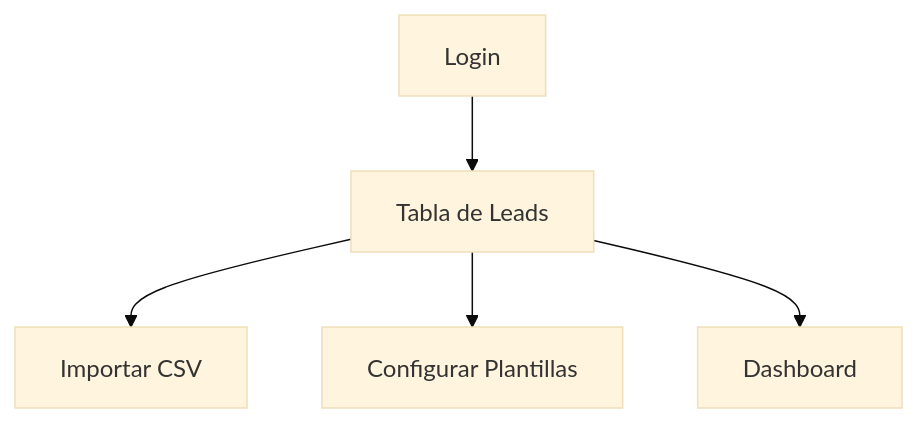
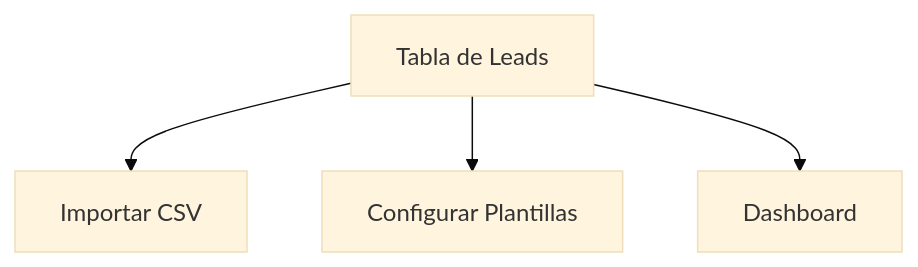
One commit to NiceNoise/proyecto-grupo2 changed the second of 5 diagrams in docs/requirements.md. Above: the diagram before and after it, drawn with Mermaid (base theme).

Commit message:
eliminar

````diff
--- a/docs/requirements.md
+++ b/docs/requirements.md
@@ -84,7 +84,7 @@
 ```mermaid  
 graph TD  
-  A[Login] --> B[Tabla de Leads]  
+  B[Tabla de Leads]  
   B --> D[Importar CSV]  
   B --> E[Configurar Plantillas]  
   B --> F[Dashboard]  
 ```
````
